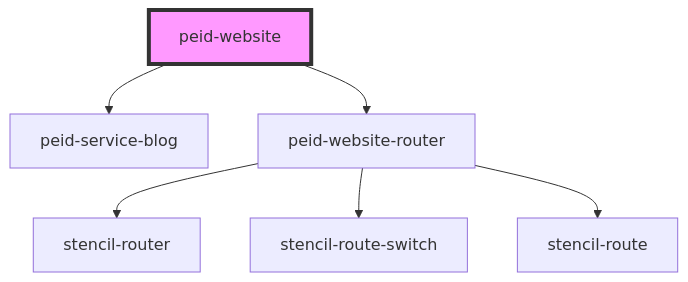
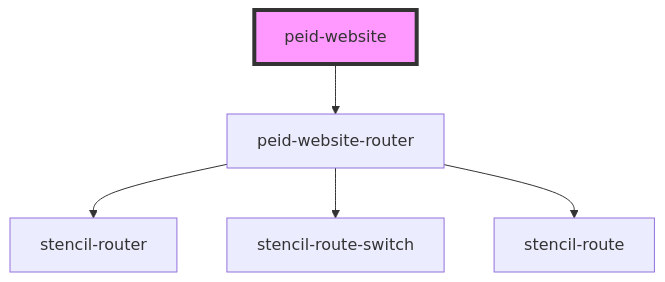
The diagram in packages/website/src/app/readme.md (peidesign/princeedwardisland.design), drawn with Mermaid before and after one commit. The commit also changed other lines of this file and 51 other files, not shown here.

````diff
--- a/packages/website/src/app/readme.md
+++ b/packages/website/src/app/readme.md
@@ -16,9 +15,8 @@
 ```mermaid
 graph TD;
-  peid-website --> peid-service-blog
   peid-website --> peid-website-router
   peid-website-router --> stencil-router
   peid-website-router --> stencil-route-switch
   peid-website-router --> stencil-route
   style peid-website fill:#f9f,stroke:#333,stroke-width:4px
 ```
````
